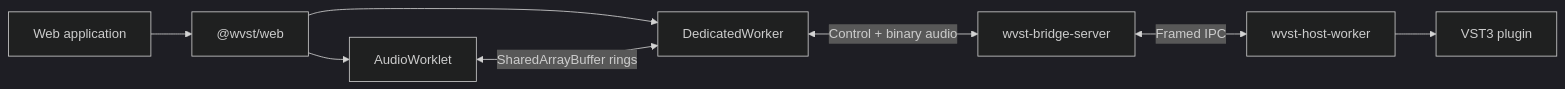
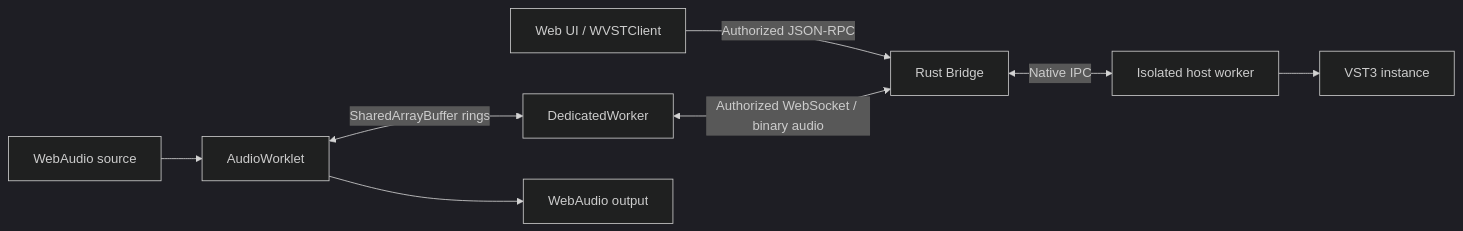
The diagram in README.md (backrunner/wvst), drawn with Mermaid (dark theme) before and after one commit. The commit also changed other lines of this file and 67 other files, not shown here.

````diff
--- a/README.md
+++ b/README.md
@@ -30,10 +122,10 @@
 ```mermaid
 flowchart LR
-  App["Web application"] --> SDK["@wvst/web"]
-  SDK --> Worklet["AudioWorklet"]
-  SDK --> WebWorker["DedicatedWorker"]
-  Worklet <-->|"SharedArrayBuffer rings"| WebWorker
-  WebWorker <-->|"Control + binary audio"| Bridge["wvst-bridge-server"]
-  Bridge <-->|"Framed IPC"| Host["wvst-host-worker"]
-  Host --> Plugin["VST3 plugin"]
+  UI["Web UI / WVSTClient"] -->|"Authorized JSON-RPC"| Bridge["Rust Bridge"]
+  Source["WebAudio source"] --> Worklet["AudioWorklet"]
+  Worklet <-->|"SharedArrayBuffer rings"| Transport["DedicatedWorker"]
+  Transport <-->|"Authorized WebSocket / binary audio"| Bridge
+  Bridge <-->|"Native IPC"| Host["Isolated host worker"]
+  Host --> Plugin["VST3 instance"]
+  Worklet --> Output["WebAudio output"]
 ```
````
